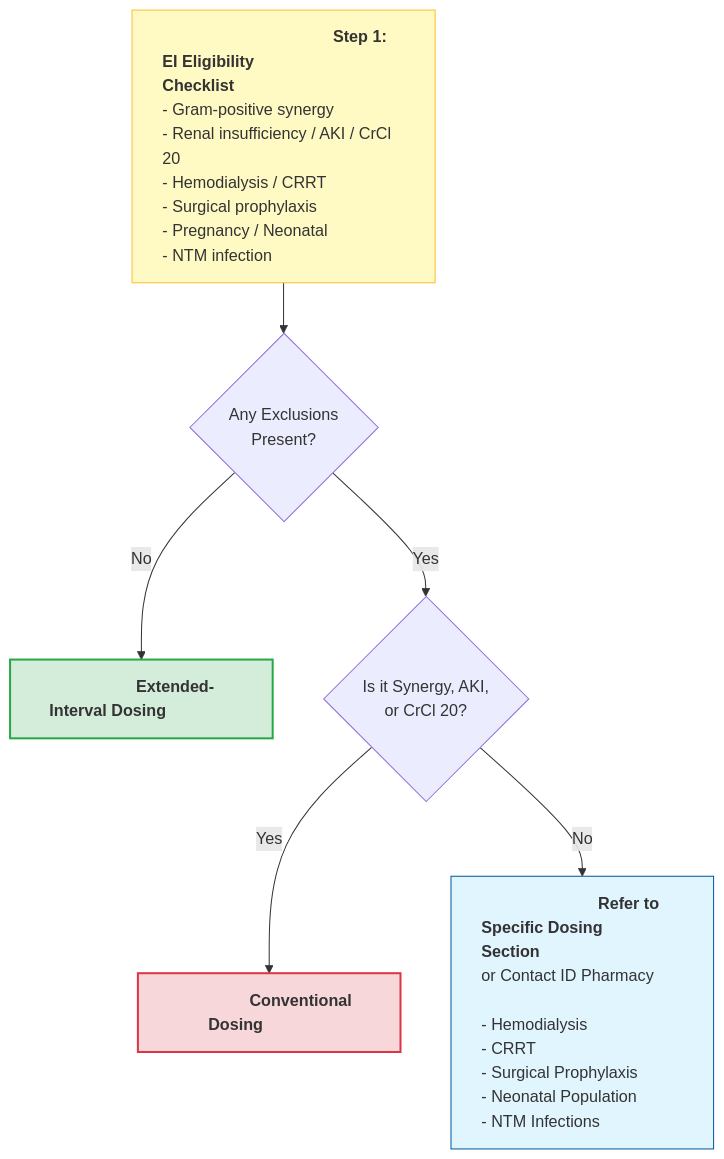
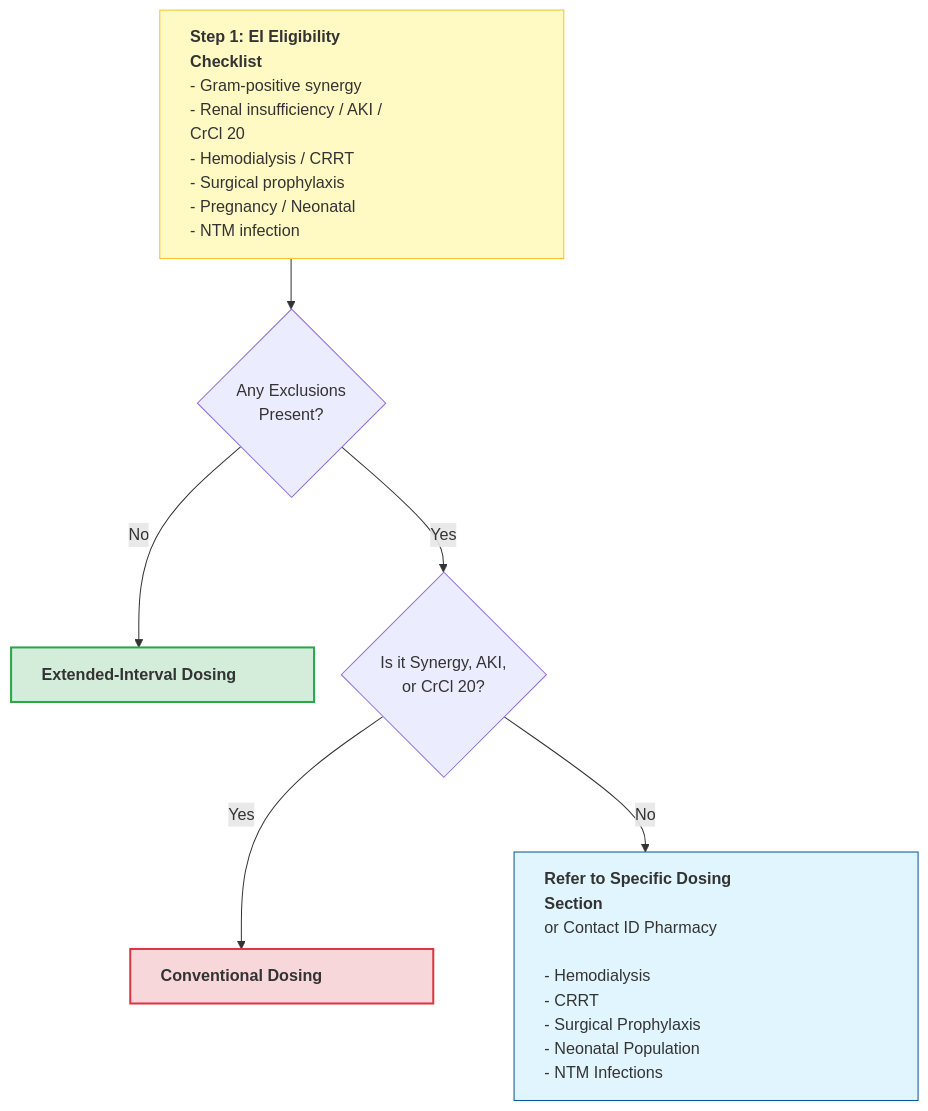
One commit to shemtsai/Aminoglycoside-Calculator changed the diagram in dosing-strategy.md. Above: the diagram before and after it, drawn with Mermaid. The commit also changed other lines of this file, not shown here.

Commit message:
Add Aminoglycoside EI Dosing Algorithm flowchart

````diff
--- a/dosing-strategy.md
+++ b/dosing-strategy.md
@@ -38,23 +40,28 @@
 ```mermaid
 flowchart TD
-    %% Step 1: Extra-wide header to force a horizontal rectangle
-    Start["&nbsp;&nbsp;&nbsp;&nbsp;&nbsp;&nbsp;&nbsp;&nbsp;&nbsp;&nbsp;&nbsp;&nbsp;&nbsp;&nbsp;&nbsp;&nbsp;&nbsp;&nbsp;&nbsp;&nbsp;&nbsp;&nbsp;&nbsp;&nbsp;&nbsp;&nbsp;&nbsp;&nbsp;&nbsp;&nbsp;&nbsp;&nbsp;&nbsp;&nbsp;&nbsp;&nbsp;&nbsp;&nbsp;<b>Step 1: EI Eligibility Checklist</b>&nbsp;&nbsp;&nbsp;&nbsp;&nbsp;&nbsp;&nbsp;&nbsp;&nbsp;&nbsp;&nbsp;&nbsp;&nbsp;&nbsp;&nbsp;&nbsp;&nbsp;&nbsp;&nbsp;&nbsp;&nbsp;&nbsp;&nbsp;&nbsp;&nbsp;&nbsp;&nbsp;&nbsp;&nbsp;&nbsp;&nbsp;&nbsp;&nbsp;&nbsp;&nbsp;&nbsp;&nbsp;&nbsp;<br/>- Gram-positive synergy<br/>- Renal insufficiency / AKI / CrCl 20<br/>- Hemodialysis / CRRT<br/>- Surgical prophylaxis<br/>- Pregnancy / Neonatal<br/>- NTM infection"] --> B{Any Exclusions<br/>Present?}
+    %% Step 1: Checklist
+    Start[<b>Step 1: EI Eligibility Checklist</b><br/>- Gram-positive synergy<br/>- Renal insufficiency / AKI / CrCl 20<br/>- Hemodialysis / CRRT<br/>- Surgical prophylaxis<br/>- Pregnancy / Neonatal<br/>- NTM infection] --> B{Any Exclusions<br/>Present?}
     
-    style Start fill:#fff9c4,stroke:#fbc02d,text-align:left
+    %% Step 2: Outcomes
+    B -- "No" --> EI[<b>Extended-Interval Dosing</b>]
+    B -- "Yes" --> C{Is it Synergy, AKI,<br/>or CrCl 20?}
+    
+    C -- "Yes" --> Conv[<b>Conventional Dosing</b>]
 
-    %% The 'No' Path (Stretched Banner)
-    B -- "No" --> EI["&nbsp;&nbsp;&nbsp;&nbsp;&nbsp;&nbsp;&nbsp;&nbsp;&nbsp;&nbsp;&nbsp;&nbsp;&nbsp;&nbsp;&nbsp;<b>Extended-Interval Dosing</b>&nbsp;&nbsp;&nbsp;&nbsp;&nbsp;&nbsp;&nbsp;&nbsp;&nbsp;&nbsp;&nbsp;&nbsp;&nbsp;&nbsp;&nbsp;"]
+    %% Step 3: Referral
+    C -- "No" --> D[<b>Refer to Specific Dosing Section</b><br/>or Contact ID Pharmacy<br/><br/>- Hemodialysis<br/>- CRRT<br/>- Surgical Prophylaxis<br/>- Neonatal Population<br/>- NTM Infections]
+
+    %% STYLING SECTION
+    %% This 'class' approach is the most stable way to force width
+    classDef wideBox width:400px,text-align:left;
+    classDef outcomeBox width:300px,text-align:center;
+
+    class Start,D wideBox;
+    class EI,Conv outcomeBox;
+
+    %% Individual Colors
+    style Start fill:#fff9c4,stroke:#fbc02d
     style EI fill:#d4edda,stroke:#28a745,stroke-width:2px
-
-    %% The 'Yes' Path
-    B -- "Yes" --> C{"Is it Synergy, AKI,<br/>or CrCl 20?"}
-    
-    %% Conventional Dosing (Stretched Banner)
-    C -- "Yes" --> Conv["&nbsp;&nbsp;&nbsp;&nbsp;&nbsp;&nbsp;&nbsp;&nbsp;&nbsp;&nbsp;&nbsp;&nbsp;&nbsp;&nbsp;&nbsp;<b>Conventional Dosing</b>&nbsp;&nbsp;&nbsp;&nbsp;&nbsp;&nbsp;&nbsp;&nbsp;&nbsp;&nbsp;&nbsp;&nbsp;&nbsp;&nbsp;&nbsp;"]
     style Conv fill:#f8d7da,stroke:#dc3545,stroke-width:2px
-
-    %% Step 3: Wide referral box
-    C -- "No" --> D["&nbsp;&nbsp;&nbsp;&nbsp;&nbsp;&nbsp;&nbsp;&nbsp;&nbsp;&nbsp;&nbsp;&nbsp;&nbsp;&nbsp;&nbsp;&nbsp;&nbsp;&nbsp;&nbsp;&nbsp;&nbsp;&nbsp;&nbsp;&nbsp;&nbsp;&nbsp;<b>Refer to Specific Dosing Section</b>&nbsp;&nbsp;&nbsp;&nbsp;&nbsp;&nbsp;&nbsp;&nbsp;&nbsp;&nbsp;&nbsp;&nbsp;&nbsp;&nbsp;&nbsp;&nbsp;&nbsp;&nbsp;&nbsp;&nbsp;&nbsp;&nbsp;&nbsp;&nbsp;&nbsp;&nbsp;<br/>or Contact ID Pharmacy<br/><br/>- Hemodialysis<br/>- CRRT<br/>- Surgical Prophylaxis<br/>- Neonatal Population<br/>- NTM Infections"]
-    
-    style D fill:#e1f5fe,stroke:#01579b,text-align:left
+    style D fill:#e1f5fe,stroke:#01579b
 ```
````
